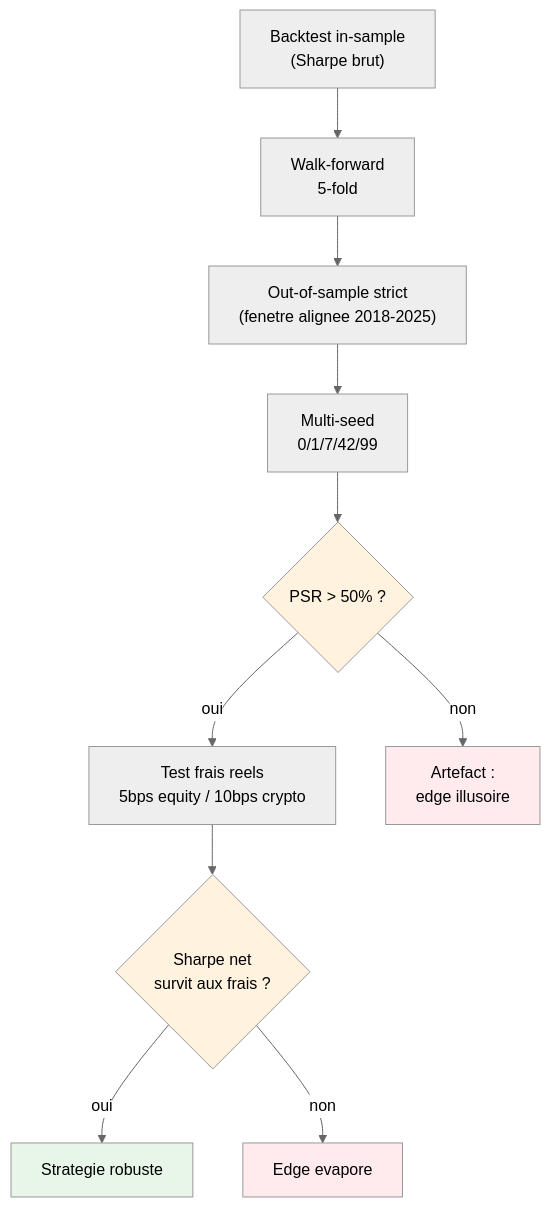
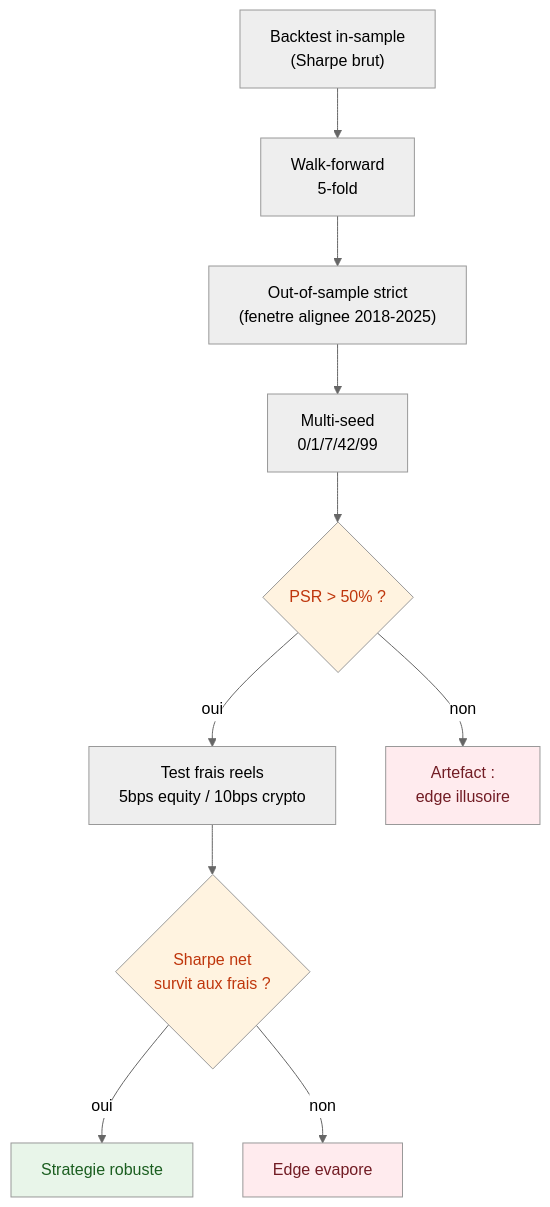
Before and after one commit to jsboige/CoursIA: the second of 3 diagrams in MyIA.AI.Notebooks/QuantConnect/README.md, drawn with Mermaid (neutral theme). The commit also changed other lines of this file and 1 other file, not shown here.

First line of the commit message:
fix(docs,#15516): color: explicite sur les regles mermaid fill: de la famille QuantConnect (2 READMEs, 17 regles)

````diff
--- a/MyIA.AI.Notebooks/QuantConnect/README.md
+++ b/MyIA.AI.Notebooks/QuantConnect/README.md
@@ -486,17 +487,18 @@
 ```mermaid
 flowchart TD
     BT["Backtest in-sample<br/>(Sharpe brut)"] --> WF["Walk-forward<br/>5-fold"]
     WF --> OOS["Out-of-sample strict<br/>(fenetre alignee 2018-2025)"]
     OOS --> MS["Multi-seed<br/>0/1/7/42/99"]
     MS --> PSR{"PSR > 50% ?"}
     PSR -->|"oui"| FEES["Test frais reels<br/>5bps equity / 10bps crypto"]
     PSR -->|"non"| ART["Artefact :<br/>edge illusoire"]
     FEES --> VERD{"Sharpe net<br/>survit aux frais ?"}
     VERD -->|"oui"| KEEP["Strategie robuste"]
     VERD -->|"non"| DROP["Edge evapore"]
-    style PSR fill:#fff3e0
-    style VERD fill:#fff3e0
-    style KEEP fill:#e8f5e9
-    style ART fill:#ffebee
-    style DROP fill:#ffebee
+    %% color: explicite -- sans lui, libelle clair sur fond clair en mode sombre GitHub (#15022) ; ton parfois plus fonce que le stroke (le stroke en couleur de texte rendrait infer illisible) : ne pas harmoniser
+    style PSR fill:#fff3e0,color:#bf360c
+    style VERD fill:#fff3e0,color:#bf360c
+    style KEEP fill:#e8f5e9,color:#1b5e20
+    style ART fill:#ffebee,color:#721c24
+    style DROP fill:#ffebee,color:#721c24
 ```
````
